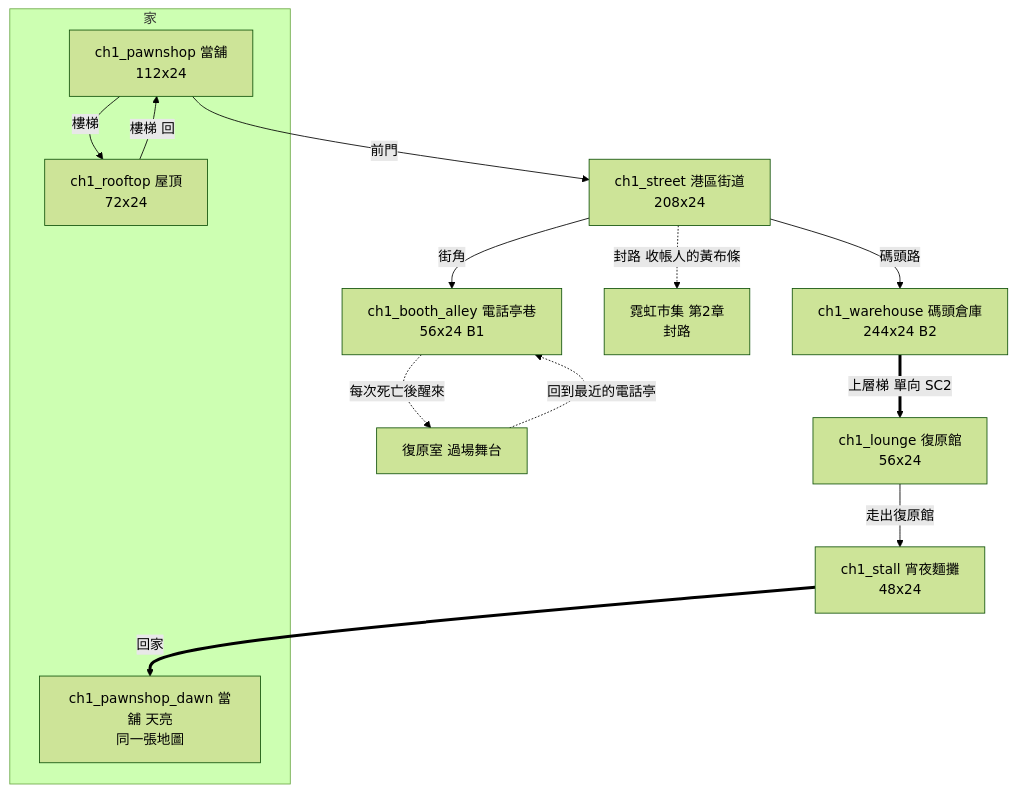
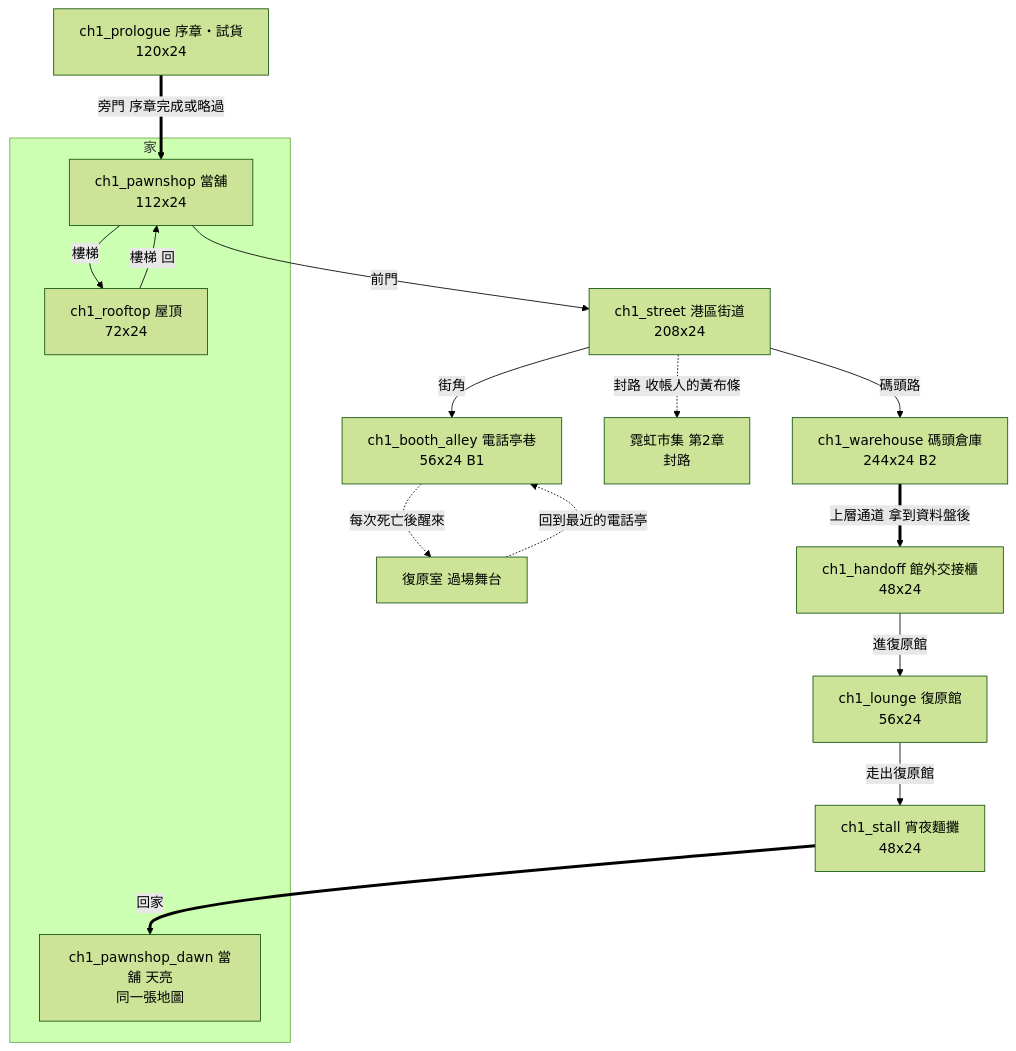
One commit to deadline314/Nest-Egg changed the diagram in design/13-story-v2/CH01_LEVEL.md. Above: the diagram before and after it, drawn with Mermaid (forest theme). The commit also changed other lines of this file and 6 other files, not shown here.

````diff
--- a/design/13-story-v2/CH01_LEVEL.md
+++ b/design/13-story-v2/CH01_LEVEL.md
@@ -57,26 +57,30 @@
 ```mermaid
 flowchart TB
+  PR["ch1_prologue 序章・試貨<br/>120x24"]
   subgraph HOME["家"]
     PS["ch1_pawnshop 當舖<br/>112x24"]
     RT["ch1_rooftop 屋頂<br/>72x24"]
     PD["ch1_pawnshop_dawn 當舖 天亮<br/>同一張地圖"]
   end
   ST["ch1_street 港區街道<br/>208x24"]
   BA["ch1_booth_alley 電話亭巷<br/>56x24 B1"]
   WH["ch1_warehouse 碼頭倉庫<br/>244x24 B2"]
   LG["ch1_lounge 復原館<br/>56x24"]
   SS["ch1_stall 宵夜麵攤<br/>48x24"]
   WR["復原室 過場舞台"]
   MK["霓虹市集 第2章<br/>封路"]
+  PR ==>|"旁門 序章完成或略過"| PS
   PS -->|"樓梯"| RT
   RT -->|"樓梯 回"| PS
   PS -->|"前門"| ST
   ST -->|"街角"| BA
   ST -->|"碼頭路"| WH
   ST -.->|"封路 收帳人的黃布條"| MK
   BA -.->|"每次死亡後醒來"| WR
-  WH ==>|"上層梯 單向 SC2"| LG
+  HO["ch1_handoff 館外交接櫃<br/>48x24"]
+  WH ==>|"上層通道 拿到資料盤後"| HO
+  HO -->|"進復原館"| LG
   LG -->|"走出復原館"| SS
   SS ==>|"回家"| PD
   WR -.->|"回到最近的電話亭"| BA
 ```
````
